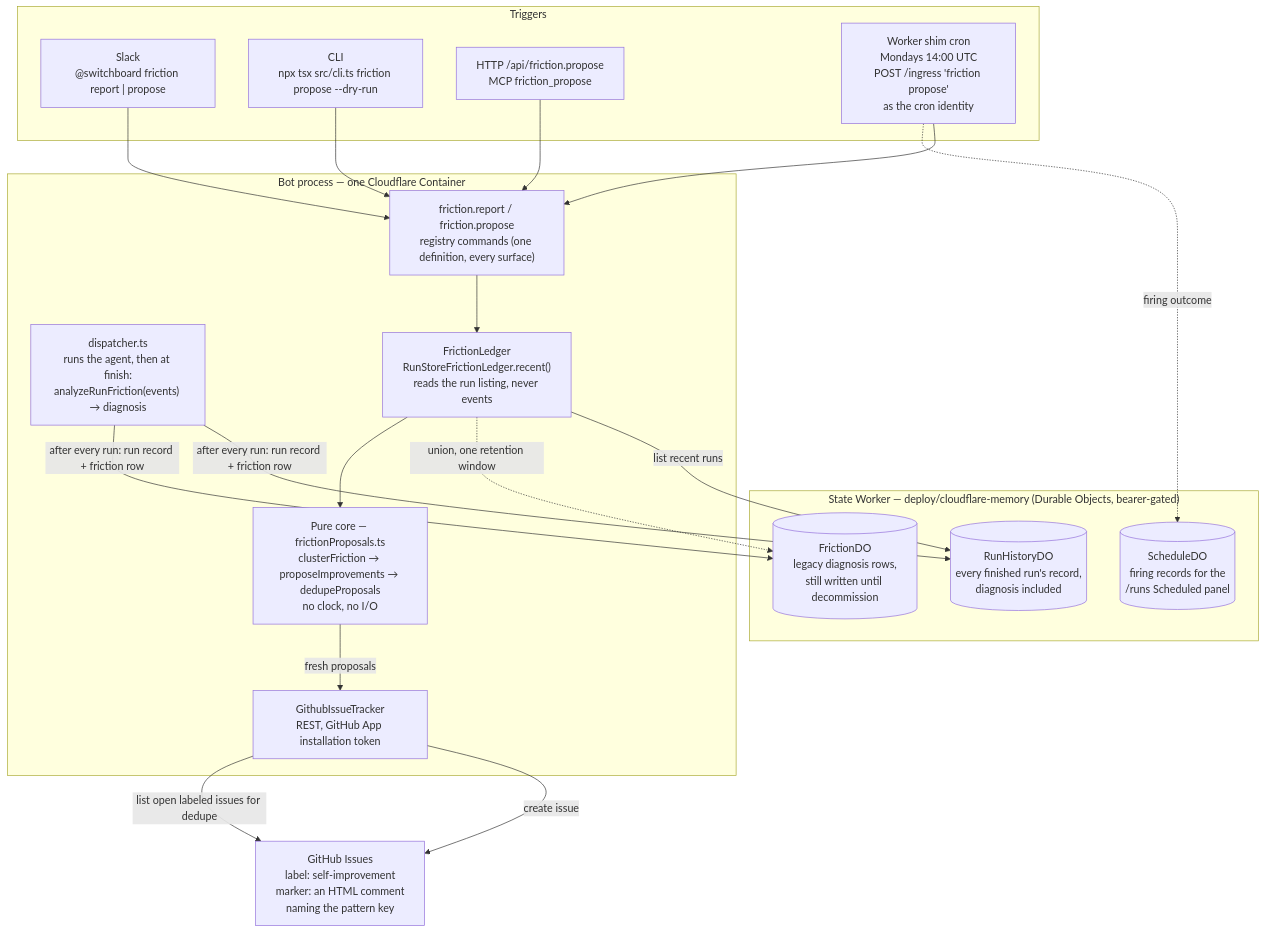
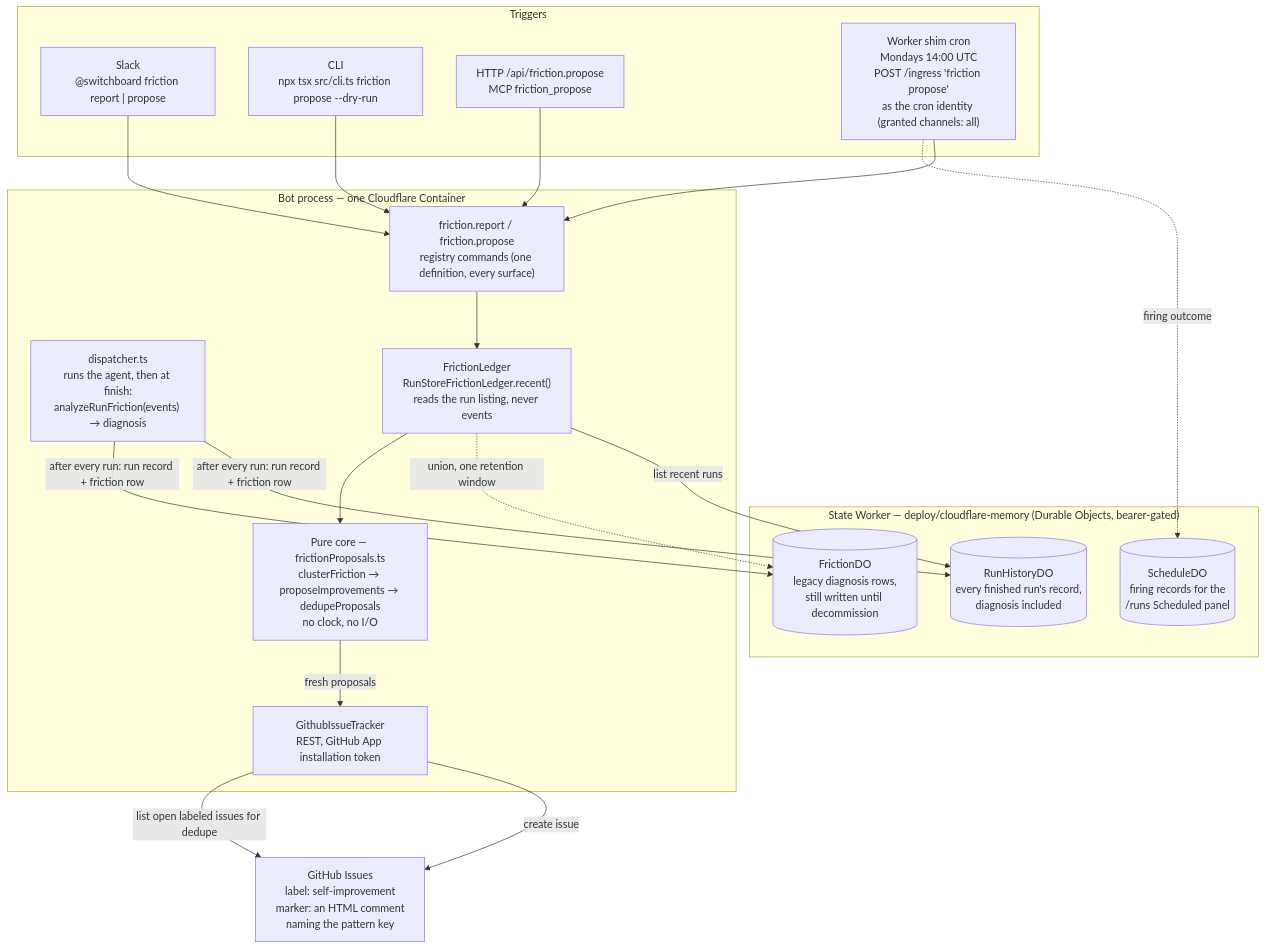
Before and after one commit to coreplanelabs/switchboard: the second of 4 diagrams in docs/self-improvement-architecture.md, drawn with Mermaid. The commit also changed other lines of this file and 60 other files, not shown here.

````diff
--- a/docs/self-improvement-architecture.md
+++ b/docs/self-improvement-architecture.md
@@ -38,35 +38,35 @@
 ```mermaid
 flowchart TB
     subgraph triggers ["Triggers"]
         SLACK["Slack<br/>@switchboard friction report | propose"]
         CLI["CLI<br/>npx tsx src/cli.ts friction propose --dry-run"]
         API["HTTP /api/friction.propose<br/>MCP friction_propose"]
-        CRON["Worker shim cron<br/>Mondays 14:00 UTC<br/>POST /ingress 'friction propose'<br/>as the cron identity"]
+        CRON["Worker shim cron<br/>Mondays 14:00 UTC<br/>POST /ingress 'friction propose'<br/>as the cron identity (granted channels: all)"]
     end
 
     subgraph bot ["Bot process — one Cloudflare Container"]
         DISP["dispatcher.ts<br/>runs the agent, then at finish:<br/>analyzeRunFriction(events) → diagnosis"]
         LEDGER["FrictionLedger<br/>RunStoreFrictionLedger.recent()<br/>reads the run listing, never events"]
         CMD["friction.report / friction.propose<br/>registry commands (one definition, every surface)"]
         PURE["Pure core — frictionProposals.ts<br/>clusterFriction → proposeImprovements → dedupeProposals<br/>no clock, no I/O"]
         TRACKER["GithubIssueTracker<br/>REST, GitHub App installation token"]
     end
 
     subgraph state ["State Worker — deploy/cloudflare-memory (Durable Objects, bearer-gated)"]
         HDO[("RunHistoryDO<br/>every finished run's record,<br/>diagnosis included")]
         FDO[("FrictionDO<br/>legacy diagnosis rows,<br/>still written until decommission")]
         SDO[("ScheduleDO<br/>firing records for the<br/>/runs Scheduled panel")]
     end
 
     GH["GitHub Issues<br/>label: self-improvement<br/>marker: an HTML comment<br/>naming the pattern key"]
 
     SLACK & CLI & API & CRON --> CMD
     DISP -->|after every run: run record + friction row| HDO & FDO
     CMD --> LEDGER
     LEDGER -->|list recent runs| HDO
     LEDGER -.->|union, one retention window| FDO
     LEDGER --> PURE
     PURE -->|fresh proposals| TRACKER -->|create issue| GH
     TRACKER -->|list open labeled issues for dedupe| GH
     CRON -.->|firing outcome| SDO
 ```
````
